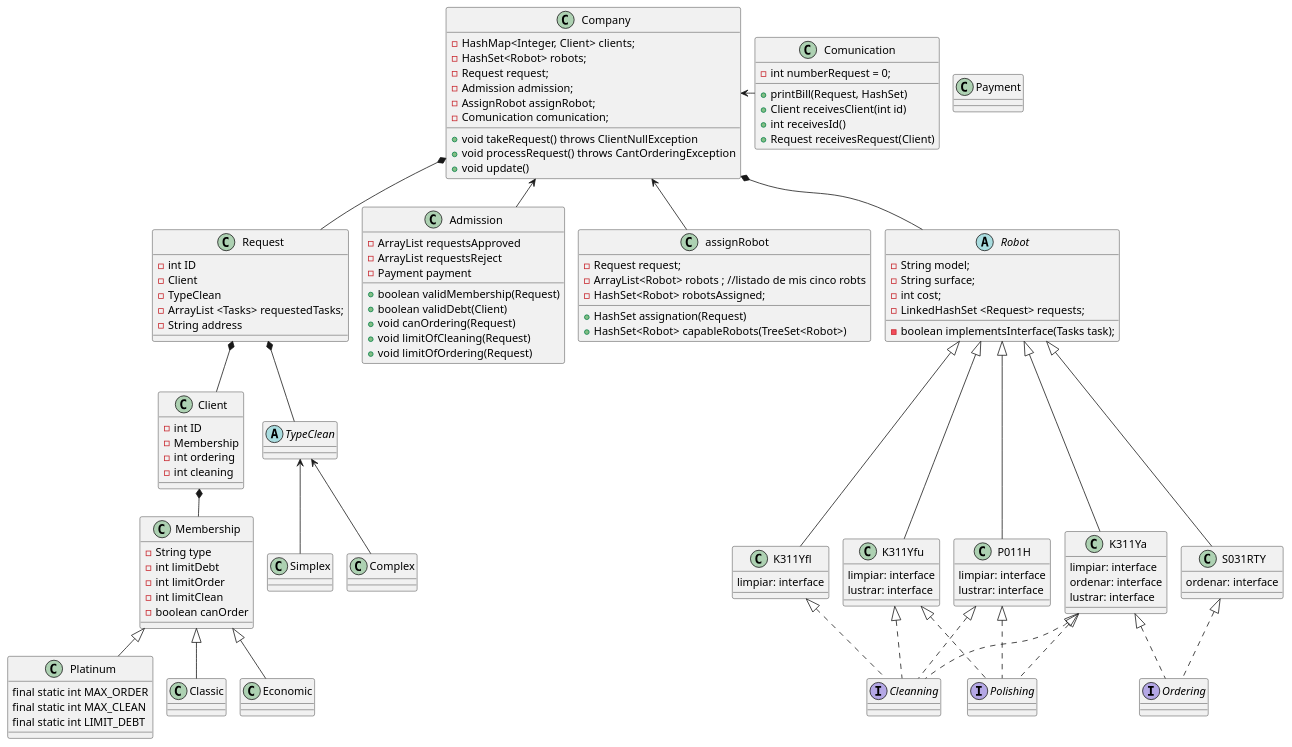
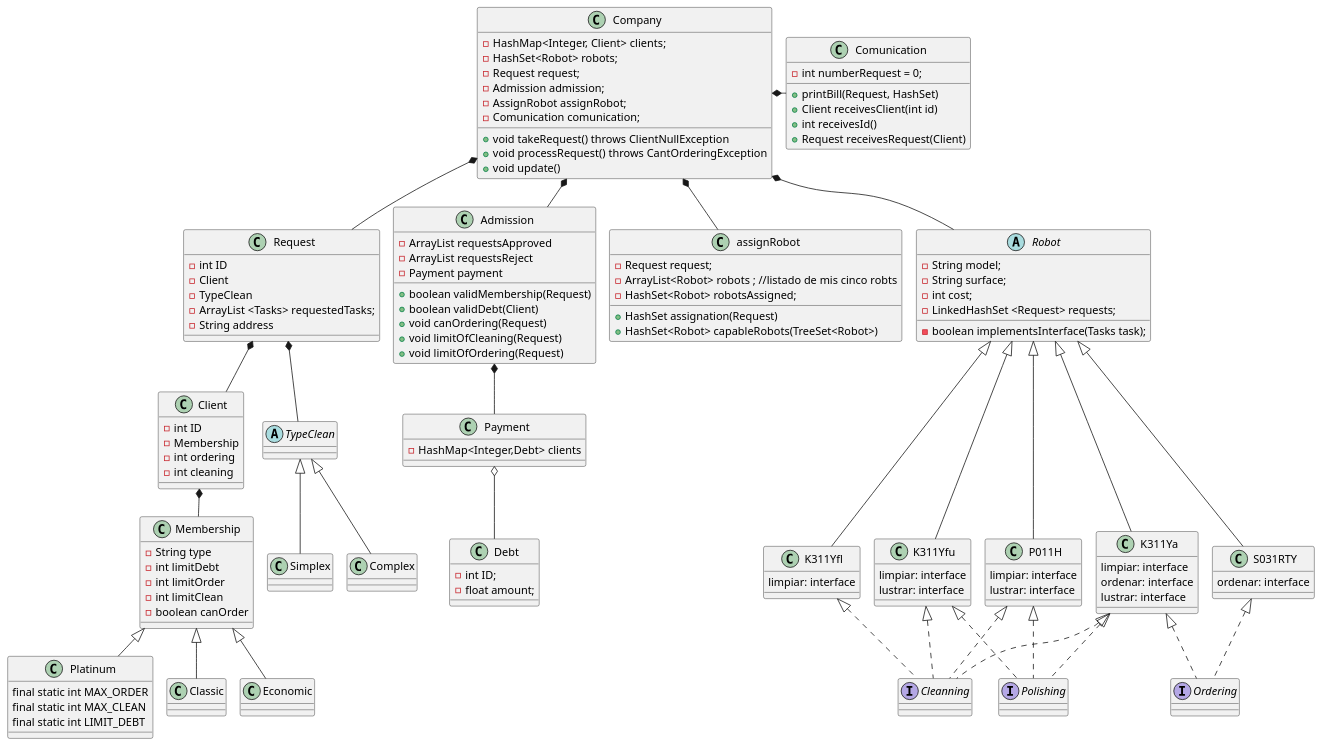
The diagram in diagramas/diagrama_final.puml (Grupo-3-Labo-y-prog/RobotsTP), drawn with PlantUML before and after one commit. The commit also changed 1 other file, not shown here.

Commit message:
Diagrama de Clases - Correcciones

```diff
--- a/diagramas/diagrama_final.puml
+++ b/diagramas/diagrama_final.puml
@@ -1,177 +1,187 @@
 @startuml
 'https://plantuml.com/class-diagram
 !pragma layout smetana
 class Client
 class Membership
 class Platinum
 class Classic
 class Economic
 class Request
 abstract class TypeClean
 class Simplex
 class Complex
 class Admission
 class Company
 class assignRobot
 class Payment
 abstract class Robot
 interface Ordering
 interface Cleanning
 interface Polishing
 class K311Yfl
 class K311Yfu
 class P011H
 class K311Ya
 class S031RTY
 
 
 Client *-- Membership
 Membership <|-- Platinum
 Membership <|-- Classic
 Membership <|-- Economic
-Company <-- Admission
-Company <-- assignRobot
-Company <- Comunication
+Company *-- Admission
+Company *-- assignRobot
+Company *- Comunication
 Company *-- Robot
 Company *-- Request
 Request *-- Client
 Request *-- TypeClean
-TypeClean <-- Simplex
-TypeClean <-- Complex
+TypeClean <|-- Simplex
+TypeClean <|-- Complex
 Robot <|--- K311Ya
 Robot <|---S031RTY
 Robot <|---P011H
 Robot <|---K311Yfu
 Robot <|--- K311Yfl
 K311Yfl <|.. Cleanning
 K311Ya <|.. Cleanning
 K311Ya <|..Polishing
 K311Ya <|.. Ordering
 S031RTY <|.. Ordering
 P011H <|.. Polishing
 P011H <|.. Cleanning
 K311Yfu <|.. Cleanning
 K311Yfu <|.. Polishing
+Admission *-- Payment
+Payment o-- Debt
 
+class Debt{
+- int ID;
+- float amount;
+}
 
 Class Comunication{
 - int numberRequest = 0;
 +printBill(Request, HashSet)
 +Client receivesClient(int id)
 +int receivesId()
 +Request receivesRequest(Client)
 }
 
 abstract class Robot{
 -String model;
 -String surface;
 -int cost;
 -LinkedHashSet <Request> requests;
 -boolean implementsInterface(Tasks task);
 
+}
+
+class Payment{
+-HashMap<Integer,Debt> clients
 }
 
 class Company{
 
 - HashMap<Integer, Client> clients;
     - HashSet<Robot> robots;
     - Request request;
     - Admission admission;
     - AssignRobot assignRobot;
     - Comunication comunication;
 
 'llama a admission
 +void takeRequest() throws ClientNullException
 +void processRequest() throws CantOrderingException
 +void update()
 
 }
 
 'posible clase
 class Admission{
 -ArrayList requestsApproved
 -ArrayList requestsReject
 -Payment payment
 '-ArrayList clients
 
 'ej: pedir un ordenamiento cuando no puede
 +boolean validMembership(Request)
 +boolean validDebt(Client)
 + void canOrdering(Request)
 +void limitOfCleaning(Request)
 +void limitOfOrdering(Request)
 
 
 }
 
 
 class assignRobot{
 -Request request;
 -ArrayList<Robot> robots ; //listado de mis cinco robts
 -HashSet<Robot> robotsAssigned;
 
 +HashSet assignation(Request)
 +HashSet<Robot> capableRobots(TreeSet<Robot>)
 
 
 'while Request.tareas != null
     'recorro robots: if(robot instanceOf tarea) --> resultado.add(Robot,tarea)
     'itero a la siguiente tarea
     'si el robot siguiente puede hacer la otra tarea: if(robot instanceOf tarea) --> resultado.add(Robot,tarea) /se va a pisar en el mismo robot la segunda tarea (como es tree no se duplica el robot y asumo que ambas tareas la hace un solo robot. Por ahora solo asigno uno
     'else (robot !instanceOf tarea)- voy al sig robot y así sucesivamente hasta que encuentro otro robot --> resultado.add(Robot,tarea)
     'Aca se va a crear otro nodo de Robot voy a tener dos elementos en resultado: resultado(1): Robot XXX/LIMPIEZA - Robot YYY/ ORDENAM etc.
     'voy a retornar el hashMap resultado y al iterarlo voy a saber que robots asigne
 }
 
 
 class Request{
 -int ID
 -Client
 -TypeClean
 -ArrayList <Tasks> requestedTasks;
 -String address
 }
 
 
 class Client{
 -int ID
 -Membership
 -int ordering
 -int cleaning
 'String address?
 }
 
 class Membership{
 -String type
 -int limitDebt
 -int limitOrder
 -int limitClean
 -boolean canOrder
 }
 
 class Platinum{
 final static int MAX_ORDER
 final static int MAX_CLEAN
 final static int LIMIT_DEBT
 }
 
 class K311Yfl{
 limpiar: interface
 }
 class K311Yfu{
 limpiar: interface
 lustrar: interface
 }
 class P011H{
 limpiar: interface
 lustrar: interface
 }
 class S031RTY{
 ordenar: interface
 }
 class K311Ya{
 limpiar: interface
 ordenar: interface
 lustrar: interface
 }
 @enduml
```
